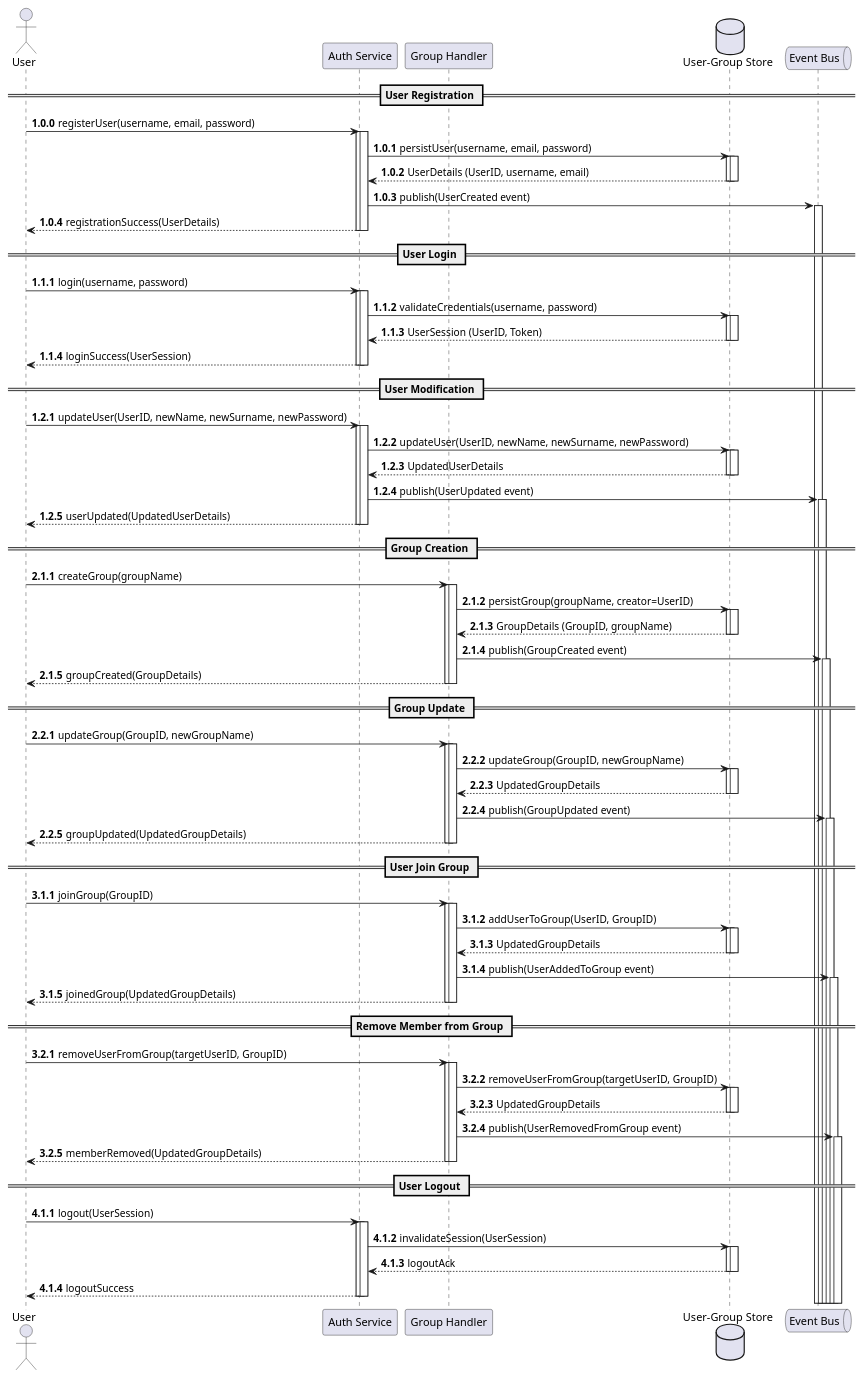
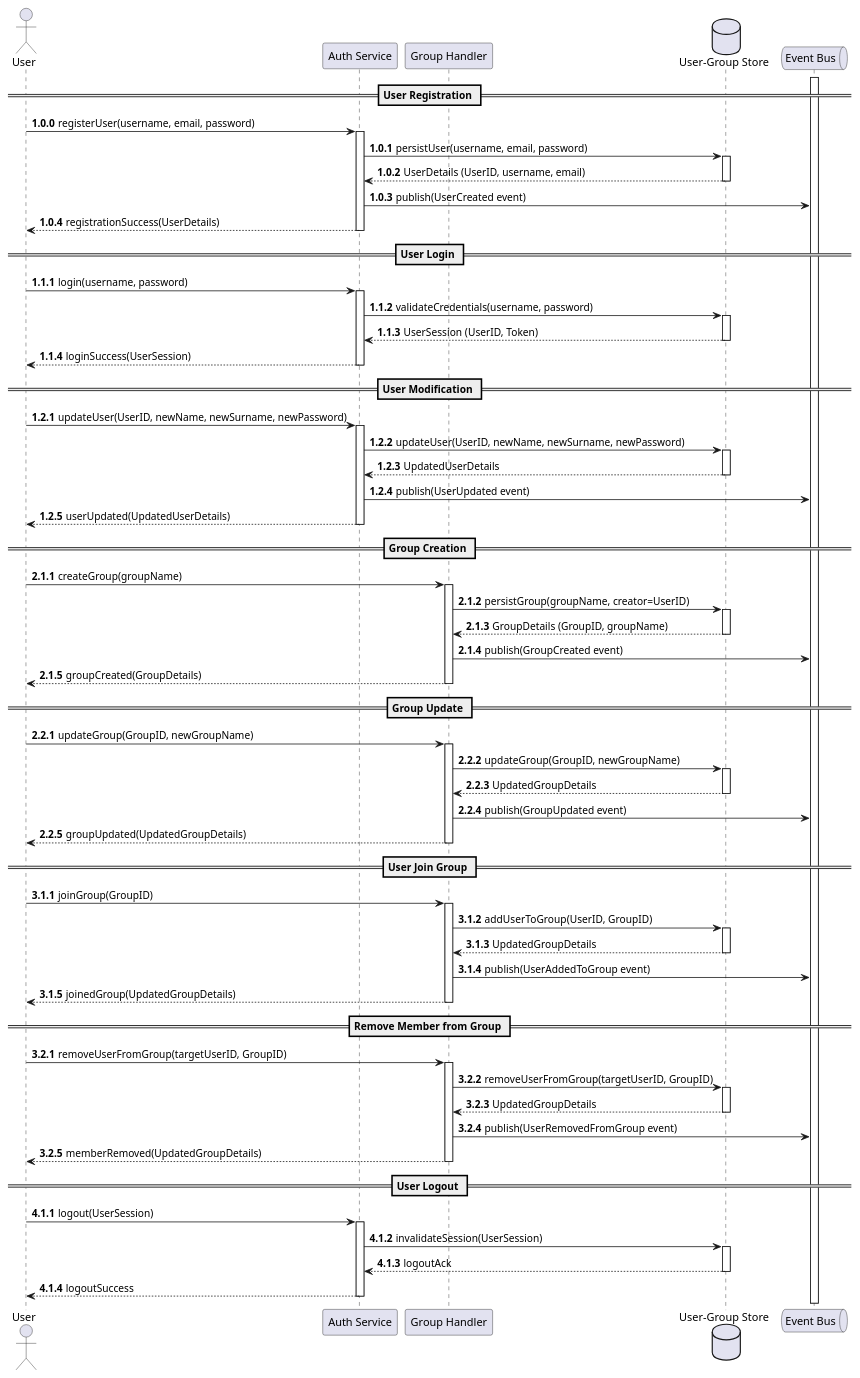
Before and after one commit to position-pal/Documentation: the third of 3 diagrams in content/docs/4-detailed-design/5-user-groups-service.md, drawn with PlantUML. The commit also changed other lines of this file and 13 other files, not shown here.

````diff
--- a/content/docs/4-detailed-design/5-user-groups-service.md
+++ b/content/docs/4-detailed-design/5-user-groups-service.md
@@ -179,13 +171,14 @@
 ```plantuml
 @startuml user-group-service-full-behavior
 autonumber 1.0.0
-autoactivate on
 
 actor "User" as U
 participant "Auth Service" as AS
 participant "Group Handler" as GH
 database "User-Group Store" as UGS
 queue "Event Bus" as EB
+
+activate EB
 
 == User Registration ==
 U -> AS: registerUser(username, email, password)
````
